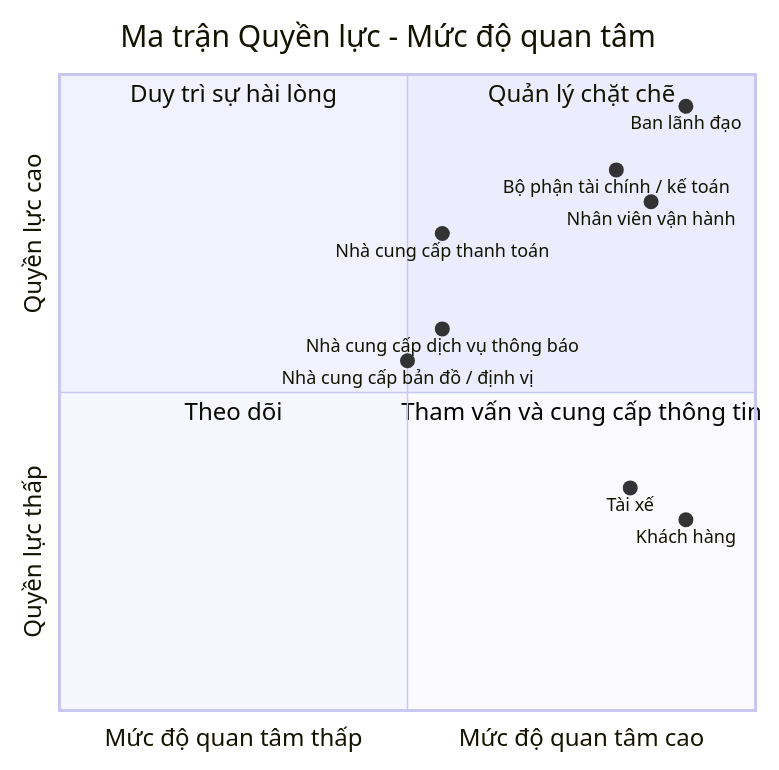
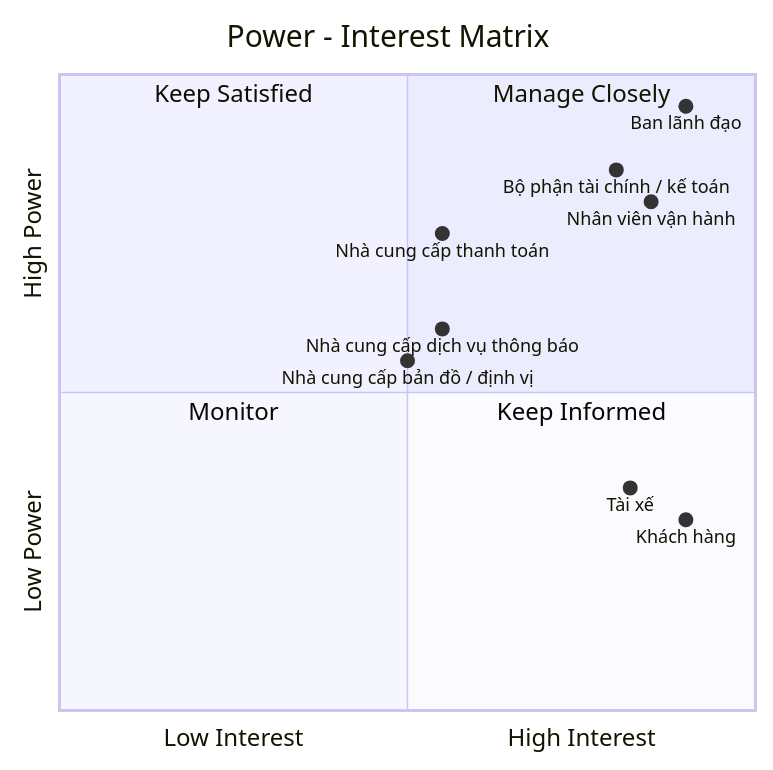
The diagram in README.md (ThienPhuc2302/23630751_LeMinhThienPhuc_Cabsystem), drawn with Mermaid before and after one commit.

Commit message:
Translate Power-Interest Matrix to English

````diff
--- a/README.md
+++ b/README.md
@@ -20,20 +20,20 @@
 ```mermaid
 quadrantChart
-    title Ma trận Quyền lực - Mức độ quan tâm
-    x-axis "Mức độ quan tâm thấp" --> "Mức độ quan tâm cao"
-    y-axis "Quyền lực thấp" --> "Quyền lực cao"
+    title Power - Interest Matrix
+    x-axis "Low Interest" --> "High Interest"
+    y-axis "Low Power" --> "High Power"
 
-    quadrant-1 "Quản lý chặt chẽ"
-    quadrant-2 "Duy trì sự hài lòng"
-    quadrant-3 "Theo dõi"
-    quadrant-4 "Tham vấn và cung cấp thông tin"
+    quadrant-1 "Manage Closely"
+    quadrant-2 "Keep Satisfied"
+    quadrant-3 "Monitor"
+    quadrant-4 "Keep Informed"
 
     "Ban lãnh đạo": [0.90, 0.95]
     "Khách hàng": [0.90, 0.30]
     "Tài xế": [0.82, 0.35]
     "Nhân viên vận hành": [0.85, 0.80]
     "Nhà cung cấp thanh toán": [0.55, 0.75]
     "Bộ phận tài chính / kế toán": [0.80, 0.85]
     "Nhà cung cấp bản đồ / định vị": [0.50, 0.55]
     "Nhà cung cấp dịch vụ thông báo": [0.55, 0.60]
 ```
````
